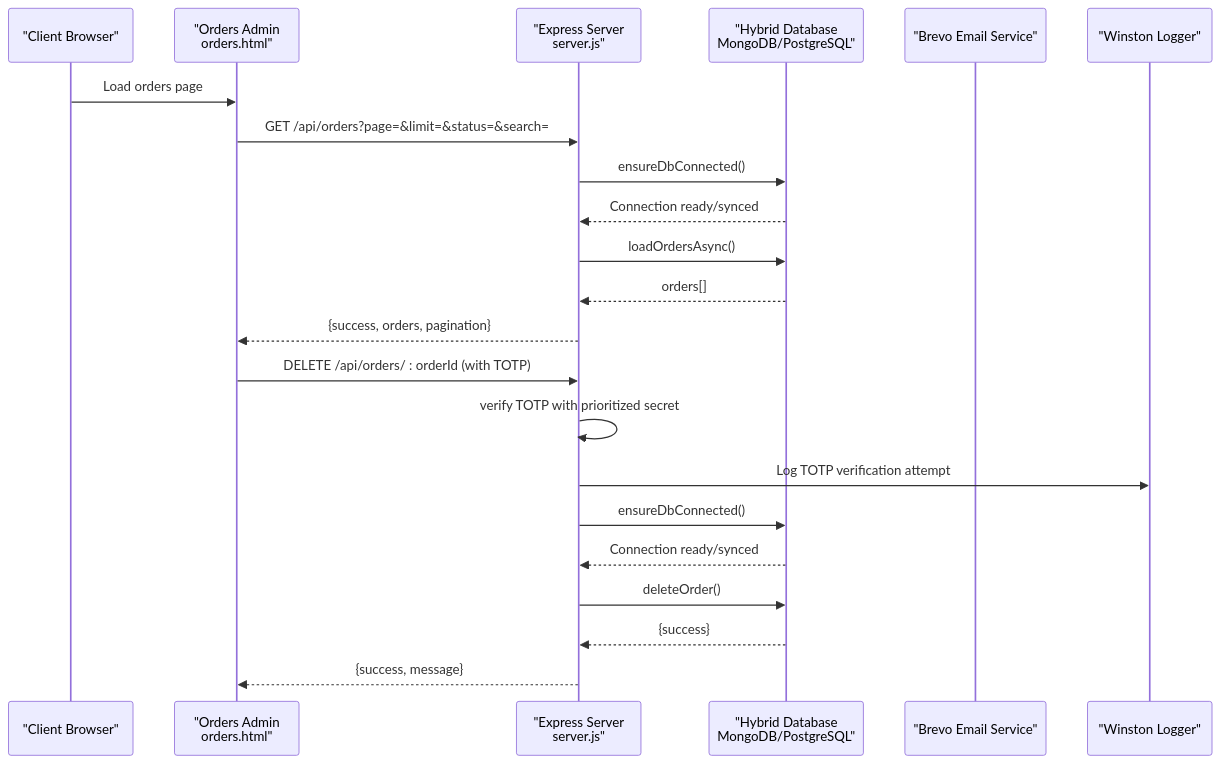
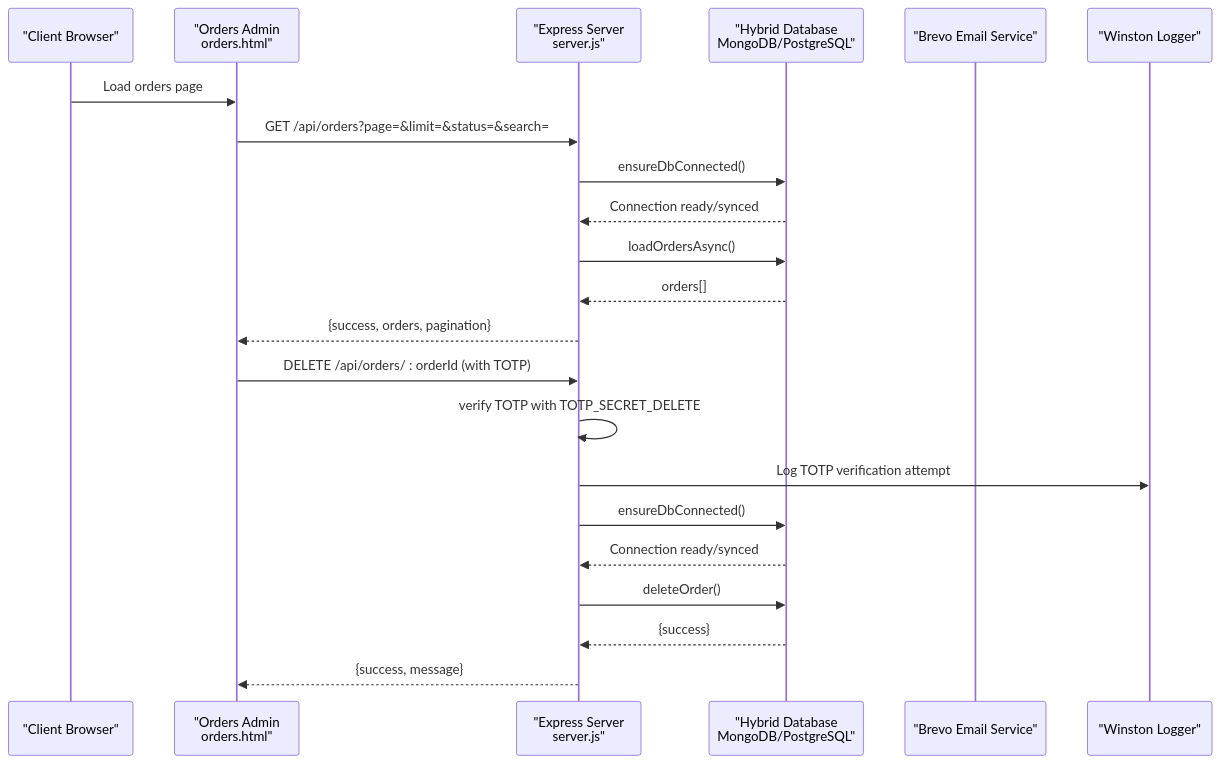
One commit to SirD33k/activezone changed the second of 5 diagrams in .qoder/repowiki/en/content/Backend API Reference/Order & Payment Processing API.md. Above: the diagram before and after it, drawn with Mermaid. The commit also changed other lines of this file and 5 other files, not shown here.

````diff
--- a/.qoder/repowiki/en/content/Backend API Reference/Order & Payment Processing API.md
+++ b/.qoder/repowiki/en/content/Backend API Reference/Order & Payment Processing API.md
@@ -160,24 +158,24 @@
 ```mermaid
 sequenceDiagram
 participant Client as "Client Browser"
 participant OrdersAdmin as "Orders Admin<br/>orders.html"
 participant API as "Express Server<br/>server.js"
 participant DB as "Hybrid Database<br/>MongoDB/PostgreSQL"
 participant Email as "Brevo Email Service"
 participant Logger as "Winston Logger"
 Client->>OrdersAdmin : Load orders page
 OrdersAdmin->>API : GET /api/orders?page=&limit=&status=&search=
 API->>DB : ensureDbConnected()
 DB-->>API : Connection ready/synced
 API->>DB : loadOrdersAsync()
 DB-->>API : orders[]
 API-->>OrdersAdmin : {success, orders, pagination}
 OrdersAdmin->>API : DELETE /api/orders/ : orderId (with TOTP)
-API->>API : verify TOTP with prioritized secret
+API->>API : verify TOTP with TOTP_SECRET_DELETE
 API->>Logger : Log TOTP verification attempt
 API->>DB : ensureDbConnected()
 DB-->>API : Connection ready/synced
 API->>DB : deleteOrder()
 DB-->>API : {success}
 API-->>OrdersAdmin : {success, message}
 ```
````
